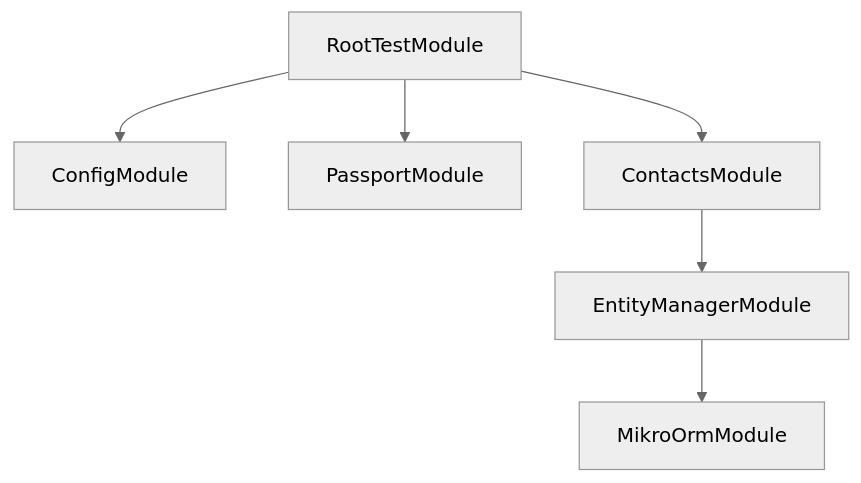
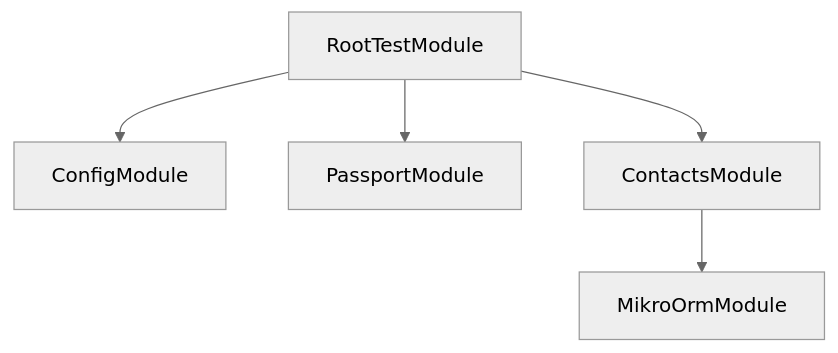
Before and after one commit to gpo/grassroots: the diagram in docs/DependencyGraphForTest.md, drawn with Mermaid (neutral theme). The commit also changed 44 other files, not shown here.

````diff
--- a/docs/DependencyGraphForTest.md
+++ b/docs/DependencyGraphForTest.md
@@ -1,8 +1,7 @@
 ```mermaid
 graph TD
   RootTestModule-->ConfigModule
 RootTestModule-->PassportModule
 RootTestModule-->ContactsModule
-ContactsModule-->EntityManagerModule
-EntityManagerModule-->MikroOrmModule
+ContactsModule-->MikroOrmModule
 ```
````
